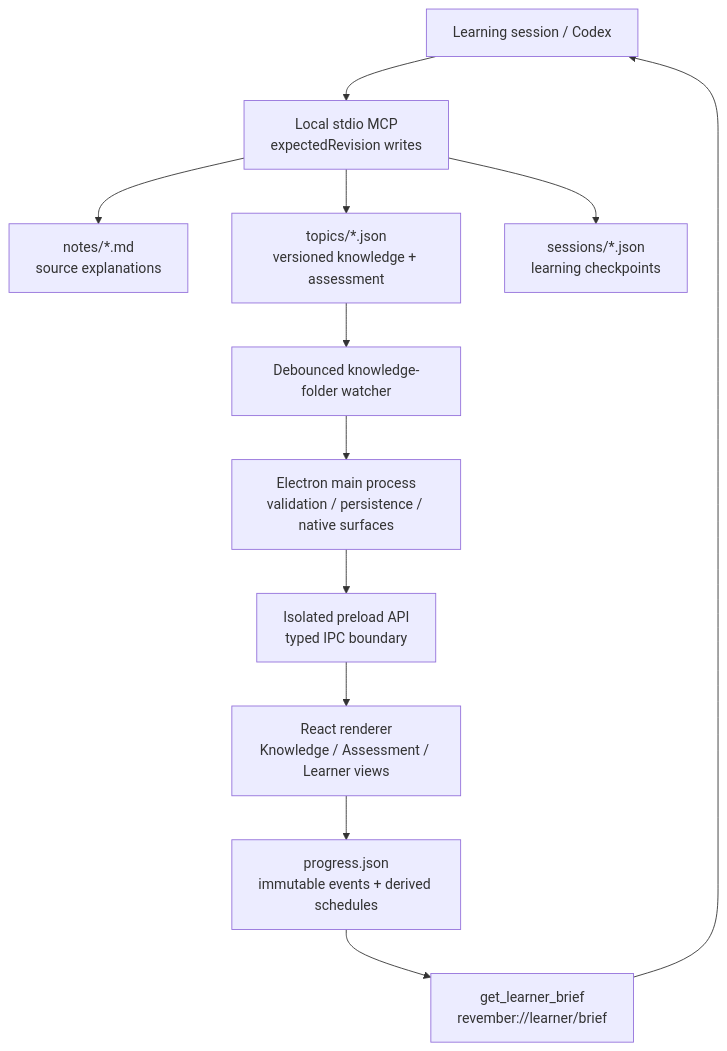
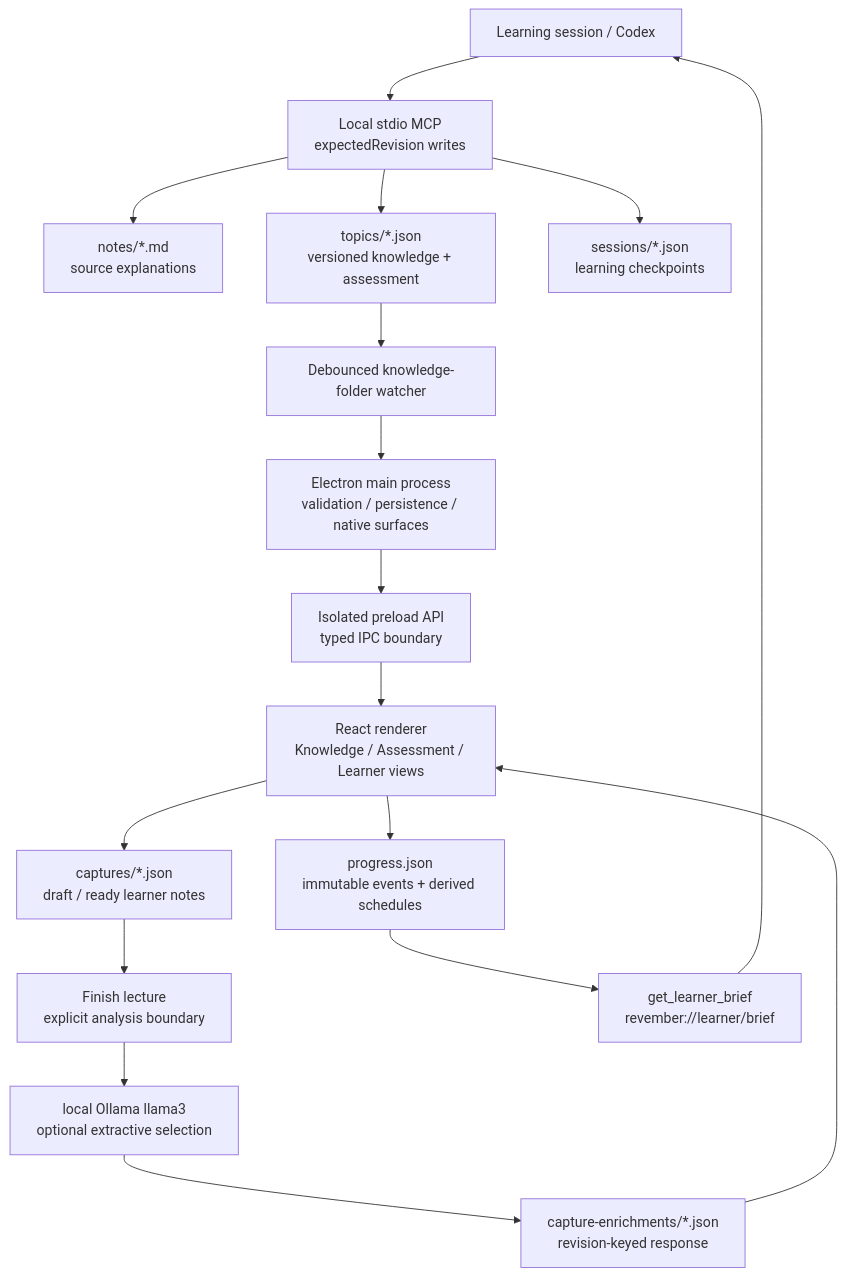
Before and after one commit to YashVG/revember_v2: the diagram in docs/architecture/closed-loop-learning-system.md, drawn with Mermaid. The commit also changed other lines of this file and 55 other files, not shown here.

````diff
--- a/docs/architecture/closed-loop-learning-system.md
+++ b/docs/architecture/closed-loop-learning-system.md
@@ -5,21 +5,26 @@
 ```mermaid
 flowchart TD
     codex["Learning session / Codex"]
     mcp["Local stdio MCP<br/>expectedRevision writes"]
     notes["notes/*.md<br/>source explanations"]
     topics["topics/*.json<br/>versioned knowledge + assessment"]
     sessions["sessions/*.json<br/>learning checkpoints"]
+    captures["captures/*.json<br/>draft / ready learner notes"]
+    finish["Finish lecture<br/>explicit analysis boundary"]
+    ollama["local Ollama llama3<br/>optional extractive selection"]
+    enrichments["capture-enrichments/*.json<br/>revision-keyed response"]
     watcher["Debounced knowledge-folder watcher"]
     main["Electron main process<br/>validation / persistence / native surfaces"]
     preload["Isolated preload API<br/>typed IPC boundary"]
     app["React renderer<br/>Knowledge / Assessment / Learner views"]
     progress["progress.json<br/>immutable events + derived schedules"]
     brief["get_learner_brief<br/>revember://learner/brief"]
 
     codex --> mcp
     mcp --> notes
     mcp --> topics
     mcp --> sessions
     topics --> watcher --> main --> preload --> app
+    app --> captures --> finish --> ollama --> enrichments --> app
     app --> progress --> brief --> codex
 ```
````
